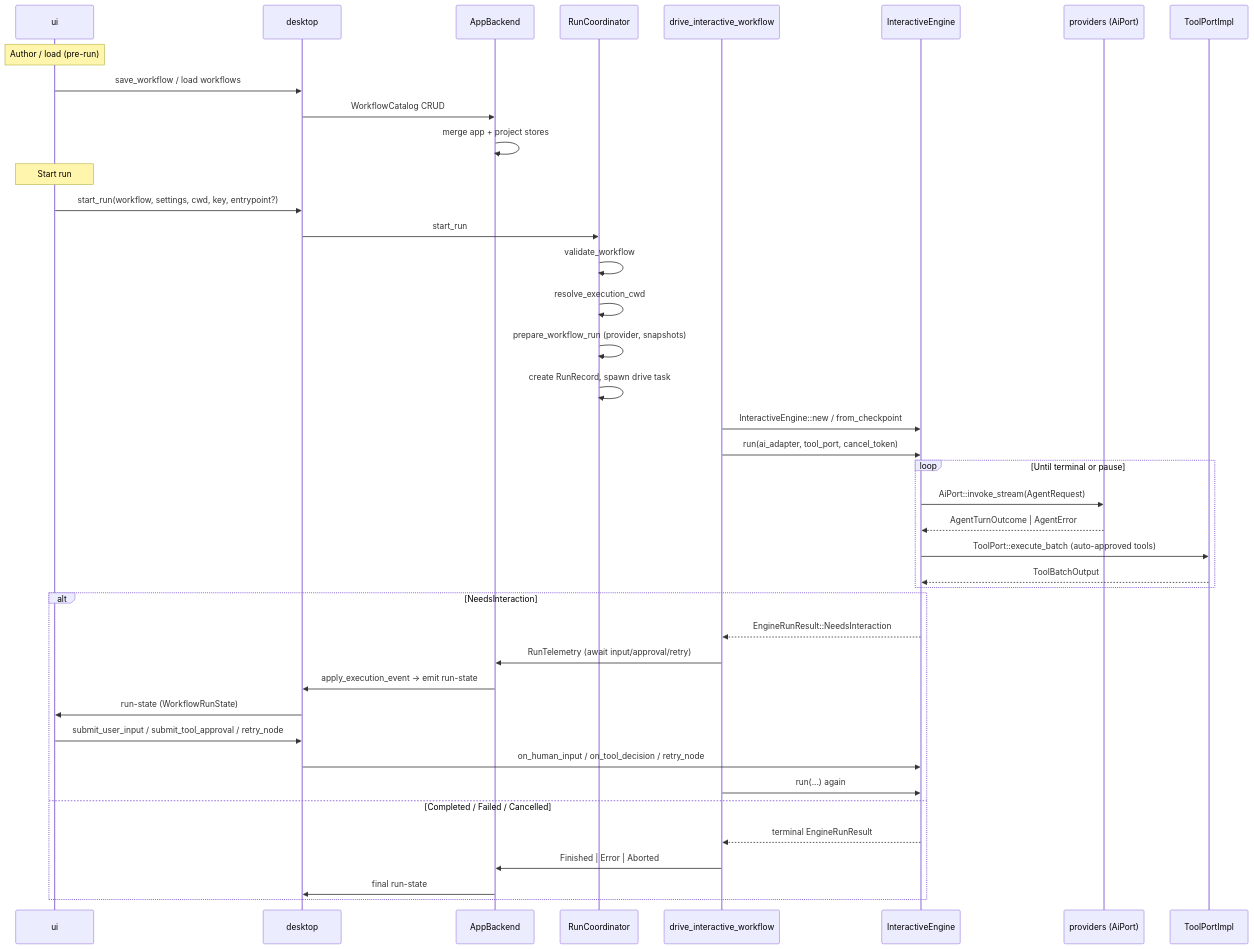
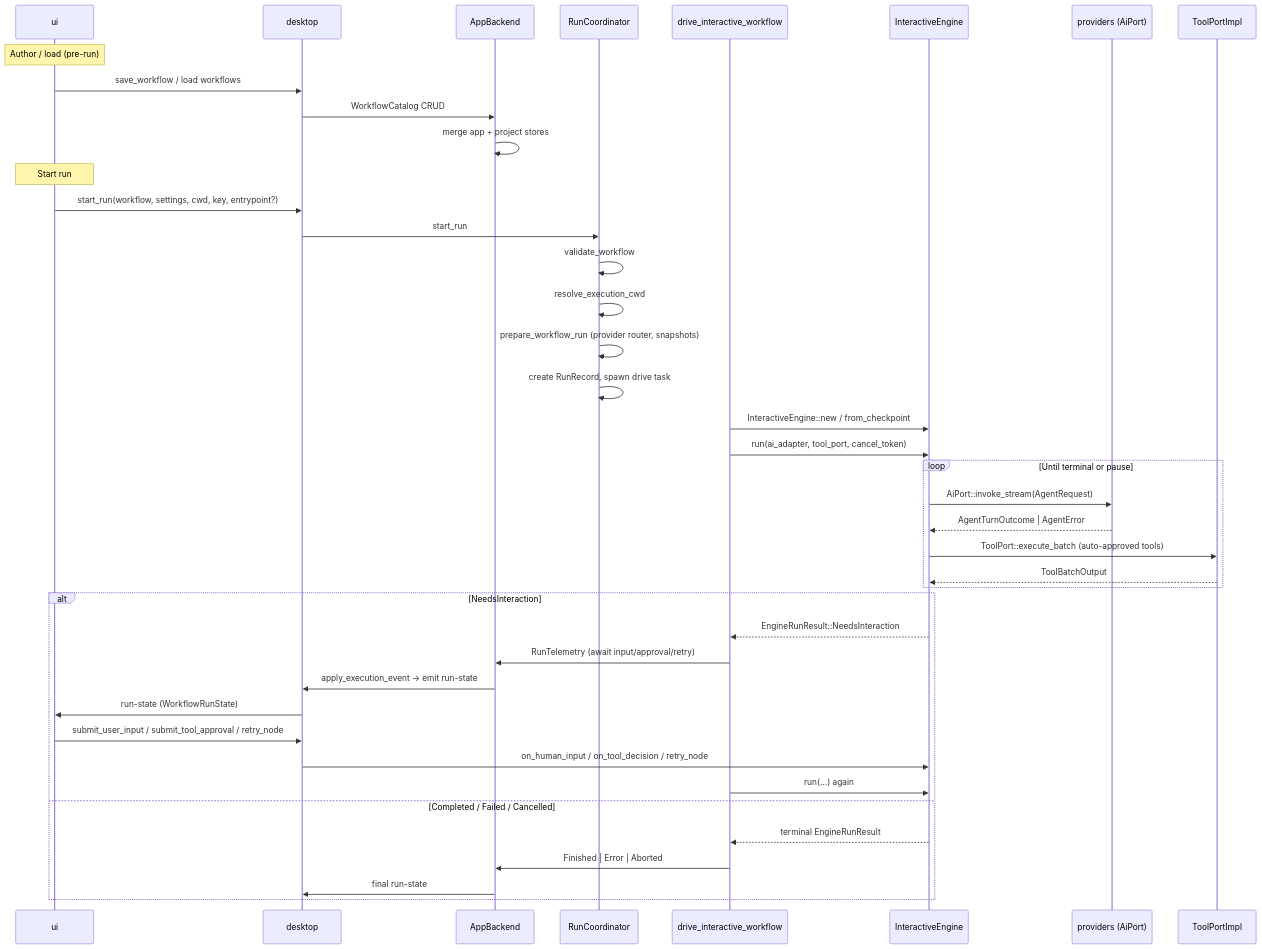
One commit to philbotar/OpenFlow changed the second of 8 diagrams in docs/architecture/end-to-end-runtime.md. Above: the diagram before and after it, drawn with Mermaid. The commit also changed other lines of this file and 110 other files, not shown here.

````diff
--- a/docs/architecture/end-to-end-runtime.md
+++ b/docs/architecture/end-to-end-runtime.md
@@ -60,47 +60,47 @@
 ```mermaid
 sequenceDiagram
     participant UI as ui
     participant DT as desktop
     participant BE as AppBackend
     participant RC as RunCoordinator
     participant DR as drive_interactive_workflow
     participant EN as InteractiveEngine
     participant PR as providers (AiPort)
     participant TP as ToolPortImpl
 
     Note over UI: Author / load (pre-run)
     UI->>DT: save_workflow / load workflows
     DT->>BE: WorkflowCatalog CRUD
     BE->>BE: merge app + project stores
 
     Note over UI: Start run
     UI->>DT: start_run(workflow, settings, cwd, key, entrypoint?)
     DT->>RC: start_run
     RC->>RC: validate_workflow
     RC->>RC: resolve_execution_cwd
-    RC->>RC: prepare_workflow_run (provider, snapshots)
+    RC->>RC: prepare_workflow_run (provider router, snapshots)
     RC->>RC: create RunRecord, spawn drive task
     DR->>EN: InteractiveEngine::new / from_checkpoint
     DR->>EN: run(ai_adapter, tool_port, cancel_token)
 
     loop Until terminal or pause
         EN->>PR: AiPort::invoke_stream(AgentRequest)
         PR-->>EN: AgentTurnOutcome | AgentError
         EN->>TP: ToolPort::execute_batch (auto-approved tools)
         TP-->>EN: ToolBatchOutput
     end
 
     alt NeedsInteraction
         EN-->>DR: EngineRunResult::NeedsInteraction
         DR->>BE: RunTelemetry (await input/approval/retry)
         BE->>DT: apply_execution_event → emit run-state
         DT->>UI: run-state (WorkflowRunState)
         UI->>DT: submit_user_input / submit_tool_approval / retry_node
         DT->>EN: on_human_input / on_tool_decision / retry_node
         DR->>EN: run(...) again
     else Completed / Failed / Cancelled
         EN-->>DR: terminal EngineRunResult
         DR->>BE: Finished | Error | Aborted
         BE->>DT: final run-state
     end
 ```
````
